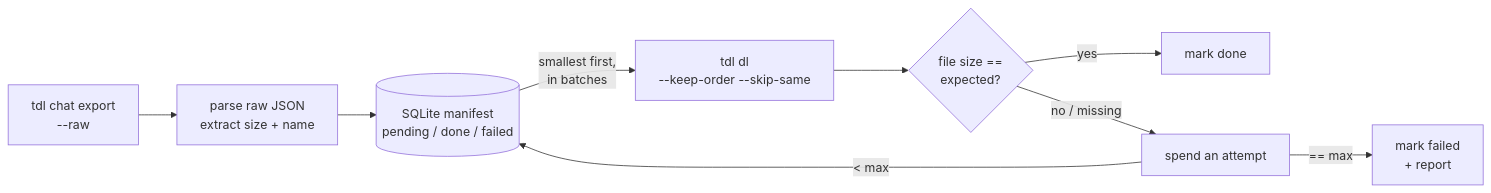
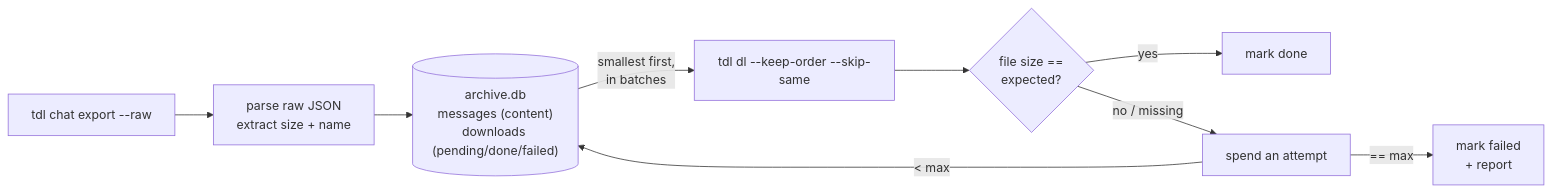
The diagram in README.md (myl7/tgxiv), drawn with Mermaid before and after one commit. The commit also changed other lines of this file, not shown here.

````diff
--- a/README.md
+++ b/README.md
@@ -59,11 +67,11 @@
 ```mermaid
 flowchart LR
-  A["tdl chat export<br/>--raw"] --> B["parse raw JSON<br/>extract size + name"]
-  B --> C[("SQLite manifest<br/>pending / done / failed")]
-  C -->|"smallest first,<br/>in batches"| D["tdl dl<br/>--keep-order --skip-same"]
+  A["tdl chat export --raw"] --> B["parse raw JSON<br/>extract size + name"]
+  B --> C[("archive.db<br/>messages (content)<br/>downloads (pending/done/failed)")]
+  C -->|"smallest first,<br/>in batches"| D["tdl dl --keep-order --skip-same"]
   D --> E{"file size ==<br/>expected?"}
   E -->|yes| F["mark done"]
   E -->|"no / missing"| G["spend an attempt"]
   G -->|"< max"| C
   G -->|"== max"| H["mark failed<br/>+ report"]
 ```
````
